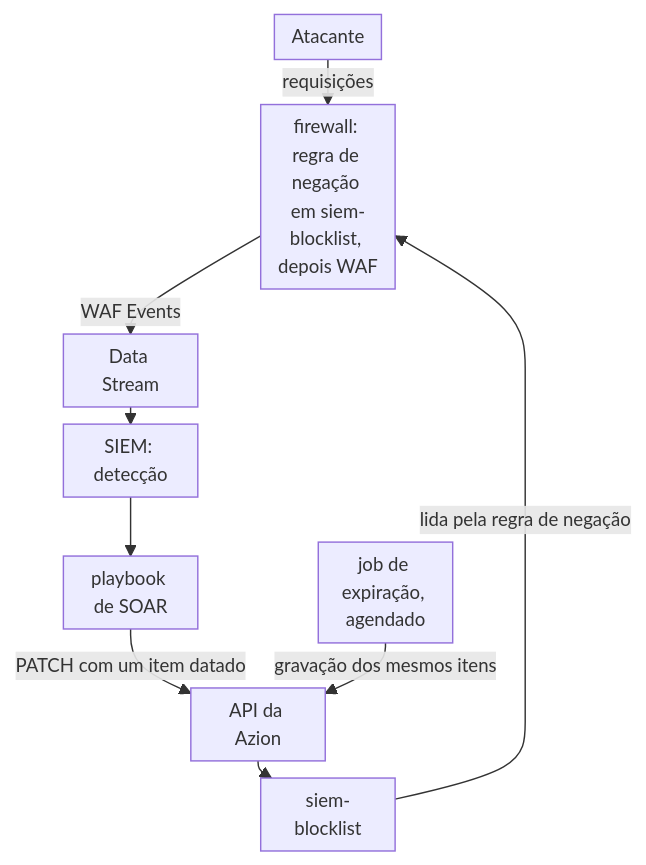
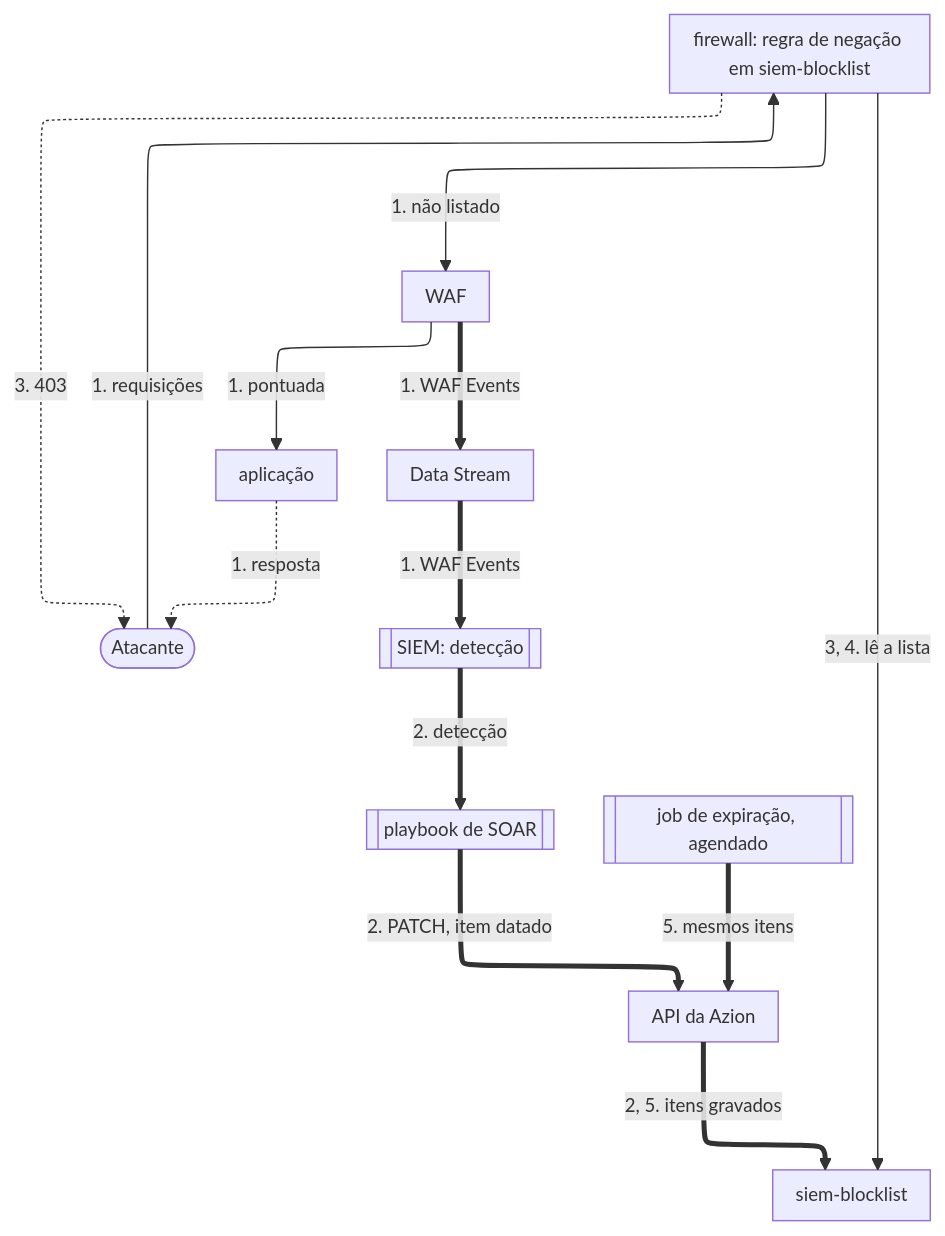
Before and after one commit to aziontech/docs: the first of 2 diagrams in apps/docs/src/content/docs/pt-br/pages/casos-de-uso/proteger-aplicacoes-e-redes/bloquear-atacantes-automaticamente-a-partir-de-deteccoes-do-siem.mdx, drawn with Mermaid. The commit also changed other lines of this file and 55 other files, not shown here.

Commit message:
docs(use-cases): redraw the use-case diagrams with the way back and check their claims (#2509)

````diff
--- a/apps/docs/src/content/docs/pt-br/pages/casos-de-uso/proteger-aplicacoes-e-redes/bloquear-atacantes-automaticamente-a-partir-de-deteccoes-do-siem.mdx
+++ b/apps/docs/src/content/docs/pt-br/pages/casos-de-uso/proteger-aplicacoes-e-redes/bloquear-atacantes-automaticamente-a-partir-de-deteccoes-do-siem.mdx
@@ -41,12 +43,26 @@
 ```mermaid
-%%{init: {"layout": "dagre", "themeVariables": {"fontSize": "13px"}, "flowchart": {"nodeSpacing": 12, "rankSpacing": 12, "padding": 6, "wrappingWidth": 70, "minNodeWidth": 40, "useMaxWidth": true}}}%%
+%%{init: {"layout": "elk", "themeVariables": {"fontSize": "13px"}, "flowchart": {"nodeSpacing": 24, "rankSpacing": 36, "padding": 8, "wrappingWidth": 150, "useMaxWidth": true}, "sequence": {"width": 120, "actorMargin": 30, "useMaxWidth": true}}}%%
 flowchart TD
-  Attacker["Atacante"] -->|"requisições"| FW["firewall: regra de negação em siem-blocklist, depois WAF"]
-  FW -->|"WAF Events"| DS["Data Stream"]
-  DS --> SIEM["SIEM: detecção"]
-  SIEM --> SOAR["playbook de SOAR"]
-  SOAR -->|"PATCH com um item datado"| API["API da Azion"]
-  API --> List["siem-blocklist"]
-  List -->|"lida pela regra de negação"| FW
-  Job["job de expiração, agendado"] -->|"gravação dos mesmos itens"| API
+  Attacker(["Atacante"])
+  FW["firewall: regra de negação em siem-blocklist"]
+  WAF["WAF"]
+  App["aplicação"]
+  List["siem-blocklist"]
+  DS["Data Stream"]
+  SIEM[["SIEM: detecção"]]
+  SOAR[["playbook de SOAR"]]
+  API["API da Azion"]
+  Job[["job de expiração, agendado"]]
+  Attacker -->|"1. requisições"| FW
+  FW -->|"3, 4. lê a lista"| List
+  FW -->|"1. não listado"| WAF
+  WAF -->|"1. pontuada"| App
+  App -.->|"1. resposta"| Attacker
+  FW -.->|"3. 403"| Attacker
+  WAF ==>|"1. WAF Events"| DS
+  DS ==>|"1. WAF Events"| SIEM
+  SIEM ==>|"2. detecção"| SOAR
+  SOAR ==>|"2. PATCH, item datado"| API
+  Job ==>|"5. mesmos itens"| API
+  API ==>|"2, 5. itens gravados"| List
 ```
````
